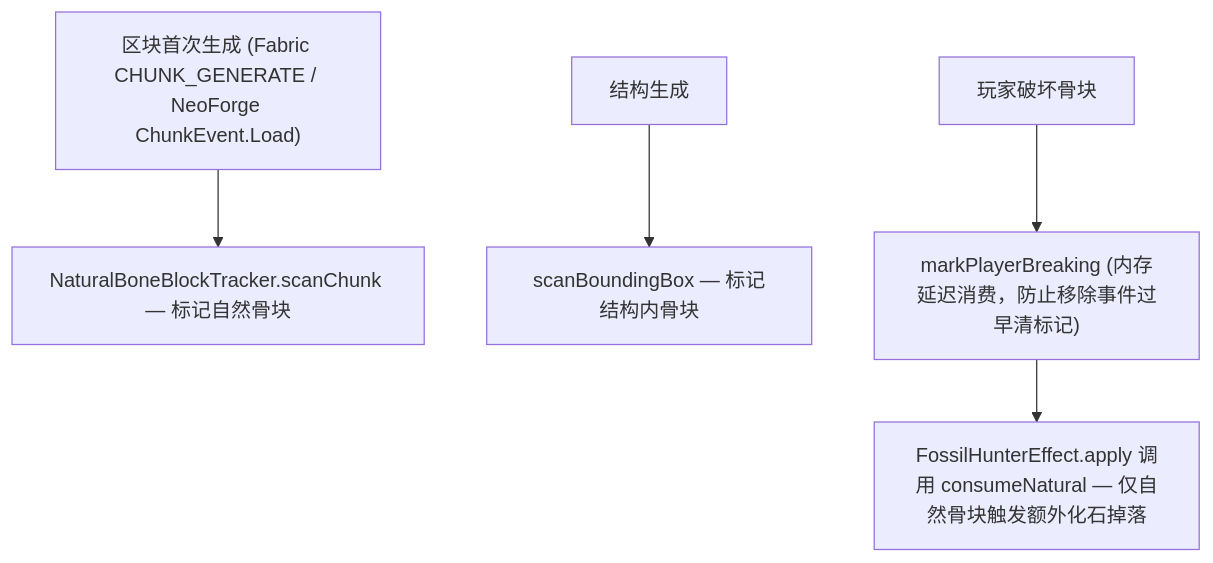
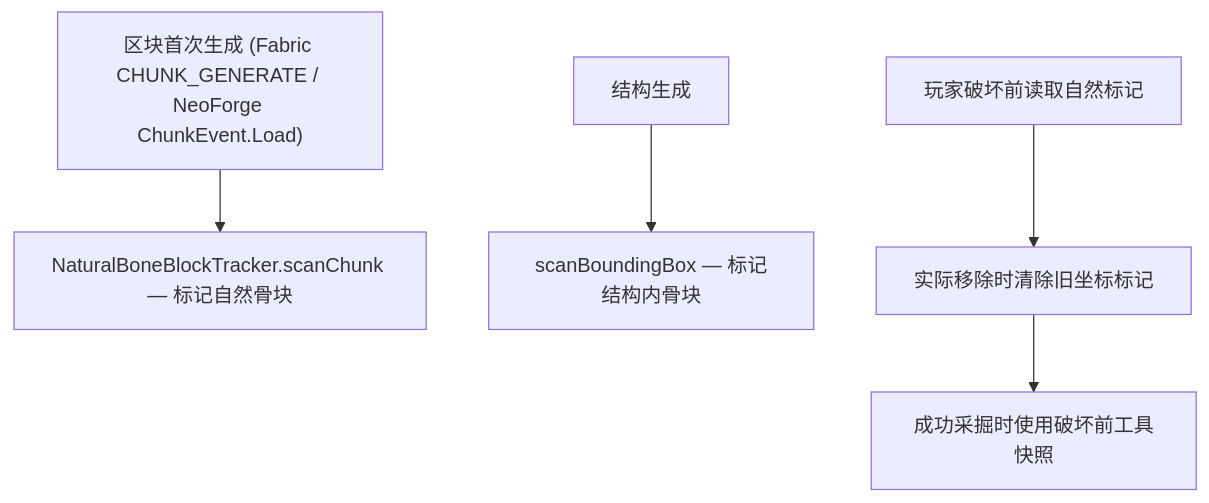
Before and after one commit to meteoritel/unsuspicious-block: the second of 2 diagrams in docs/dev/subsystems/entities-world.md, drawn with Mermaid. The commit also changed other lines of this file and 64 other files, not shown here.

````diff
--- a/docs/dev/subsystems/entities-world.md
+++ b/docs/dev/subsystems/entities-world.md
@@ -40,7 +40,7 @@
 ```mermaid
 flowchart TD
     Chunk["区块首次生成 (Fabric CHUNK_GENERATE / NeoForge ChunkEvent.Load)"] --> ScanC["NaturalBoneBlockTracker.scanChunk — 标记自然骨块"]
     Struct["结构生成"] --> ScanB["scanBoundingBox — 标记结构内骨块"]
-    Break["玩家破坏骨块"] --> Pending["markPlayerBreaking (内存延迟消费，防止移除事件过早清标记)"]
-    Pending --> Fossil["FossilHunterEffect.apply 调用 consumeNatural — 仅自然骨块触发额外化石掉落"]
+    Break["玩家破坏前读取自然标记"] --> Removed["实际移除时清除旧坐标标记"]
+    Removed --> Fossil["成功采掘时使用破坏前工具快照"]
 ```
````
